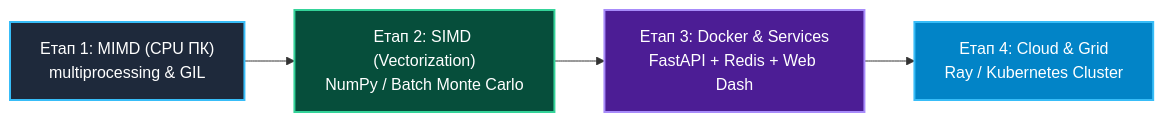
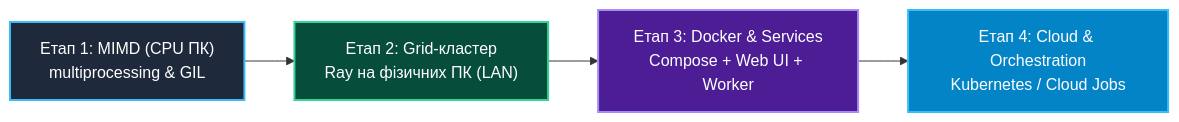
Before and after one commit to vplanto/cloud_grid: the sixth of 6 diagrams in docs/n01_power_grid_project.md, drawn with Mermaid. The commit also changed other lines of this file, not shown here.

````diff
--- a/docs/n01_power_grid_project.md
+++ b/docs/n01_power_grid_project.md
@@ -520,11 +520,11 @@
 ```mermaid
 flowchart LR
-    E1["Етап 1: MIMD (CPU ПК)<br>multiprocessing & GIL"] --> E2["Етап 2: SIMD (Vectorization)<br>NumPy / Batch Monte Carlo"]
-    E2 --> E3["Етап 3: Docker & Services<br>FastAPI + Redis + Web Dash"]
-    E3 --> E4["Етап 4: Cloud & Grid<br>Ray / Kubernetes Cluster"]
+    E1["Етап 1: MIMD (CPU ПК)<br>multiprocessing & GIL"] --> E2["Етап 2: Grid-кластер<br>Ray на фізичних ПК (LAN)"]
+    E2 --> E3["Етап 3: Docker & Services<br>Compose + Web UI + Worker"]
+    E3 --> E4["Етап 4: Cloud & Orchestration<br>Kubernetes / Cloud Jobs"]
 
     style E1 fill:#1e293b,color:#fff,stroke:#38bdf8,stroke-width:2px
     style E2 fill:#064e3b,color:#fff,stroke:#34d399,stroke-width:2px
     style E3 fill:#4c1d95,color:#fff,stroke:#a78bfa,stroke-width:2px
     style E4 fill:#0284c7,color:#fff,stroke:#38bdf8,stroke-width:2px
 ```
````
